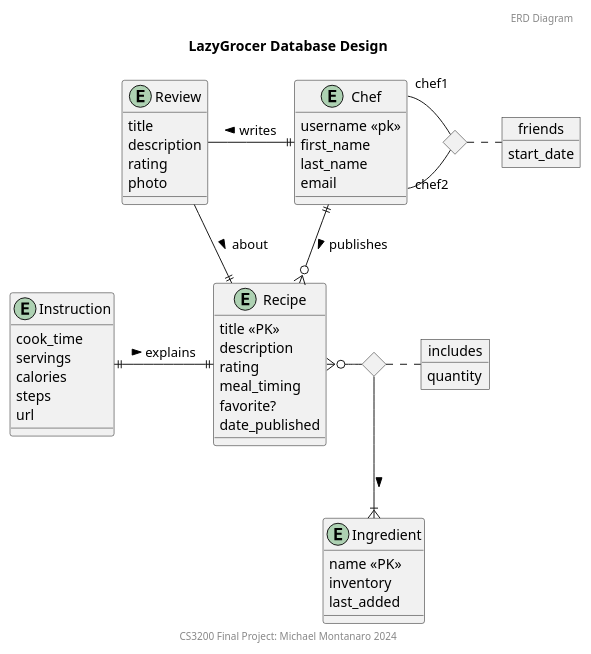
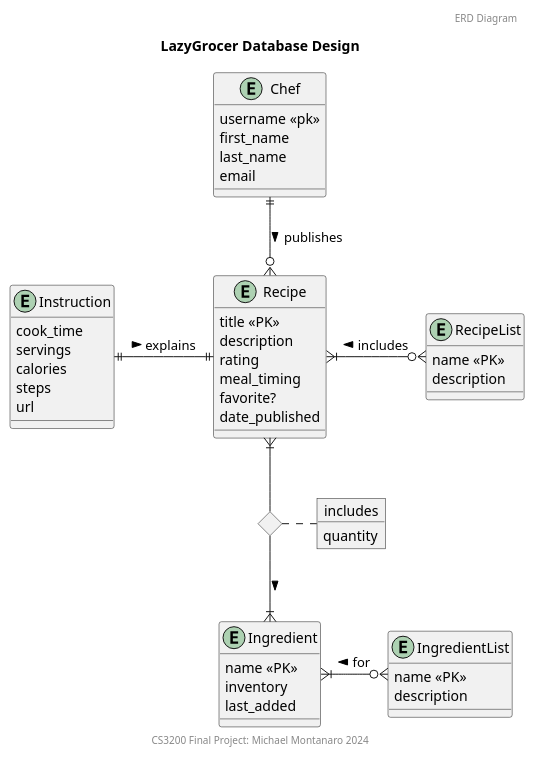
Before and after one commit to montymi/LazyGrocer: the diagram in docs/plantuml/erd.wsd, drawn with PlantUML. The commit also changed 2 other files, not shown here.

```diff
--- a/docs/plantuml/erd.wsd
+++ b/docs/plantuml/erd.wsd
@@ -1,65 +1,60 @@
 @startuml LazyGrozerERDdiagram
 
 header ERD Diagram
 title LazyGrocer Database Design
 footer CS3200 Final Project: Michael Montanaro 2024
 
 entity Recipe {
     title <<PK>> 
     description
     rating
     meal_timing
     favorite?
     date_published
+}
+
+entity RecipeList {
+    name <<PK>>
+    description
 }
 
 entity Instruction {
     cook_time
     servings
     calories
     steps
     url
 }
 
 entity Ingredient {
     name <<PK>>
     inventory
     last_added
 }
 
+entity IngredientList {
+    name <<PK>>
+    description
+}
+
 entity Chef {
     username <<pk>>
     first_name
     last_name
     email
 }
 
 object includes {
     quantity
 }
 diamond DIncludes
 
-object friends {
-    start_date
-}
-diamond DFriends
-
-entity Review {
-    title 
-    description 
-    rating
-    photo
-}
-
-Recipe }o- DIncludes
+Recipe }|-- DIncludes
 DIncludes --|{ Ingredient: >
 DIncludes . includes
+Recipe }|-o{ RecipeList: includes <
+Ingredient }|-o{ IngredientList: for <
 Chef ||--o{ Recipe: publishes >
-Chef "chef2" - DFriends
-DFriends - "chef1" Chef
-DFriends . friends
-Review -|| Chef: writes <
-Review --|| Recipe: about >
 Instruction ||-|| Recipe: explains >
 
 @enduml
```
